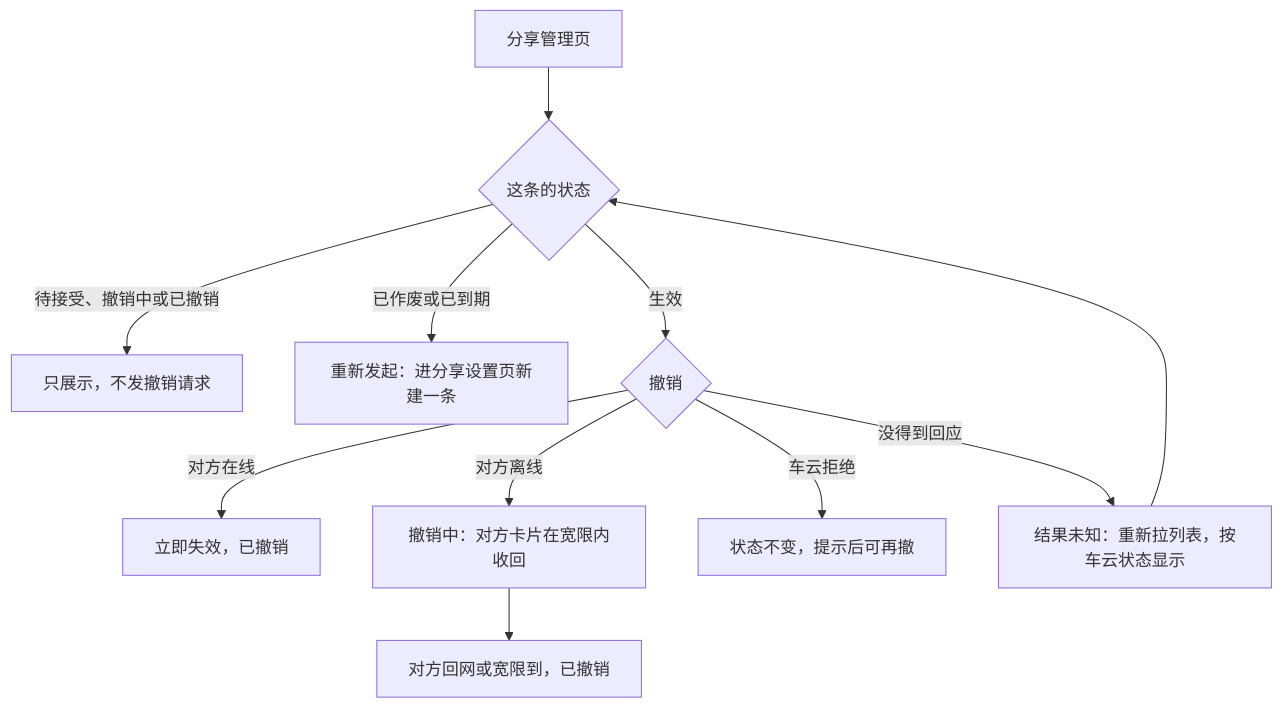
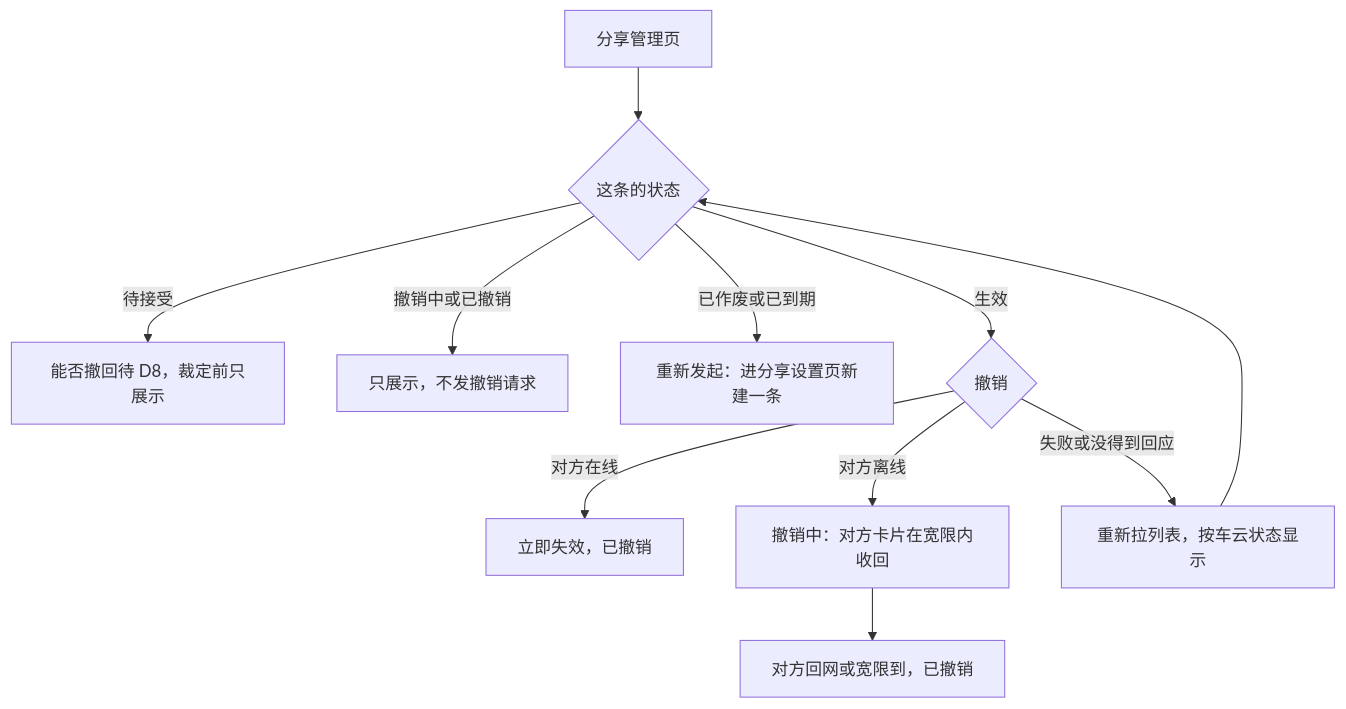
Before and after one commit to sqsqsq/SimulatedWalletForHmos: the fifth of 5 diagrams in doc/plan/1.9.9/金样候选/car-key-sharing/spec/spec.md, drawn with Mermaid. The commit also changed other lines of this file and 20 other files, not shown here.

````diff
--- a/doc/plan/1.9.9/金样候选/car-key-sharing/spec/spec.md
+++ b/doc/plan/1.9.9/金样候选/car-key-sharing/spec/spec.md
@@ -301,13 +341,13 @@
 ```mermaid
 flowchart TD
     A[分享管理页] --> B{这条的状态}
-    B -->|待接受、撤销中或已撤销| N[只展示，不发撤销请求]
+    B -->|待接受| PD[能否撤回待 D8，裁定前只展示]
+    B -->|撤销中或已撤销| N[只展示，不发撤销请求]
     B -->|已作废或已到期| RS[重新发起：进分享设置页新建一条]
     B -->|生效| C{撤销}
     C -->|对方在线| D[立即失效，已撤销]
     C -->|对方离线| E[撤销中：对方卡片在宽限内收回]
-    C -->|车云拒绝| KP[状态不变，提示后可再撤]
-    C -->|没得到回应| RL[结果未知：重新拉列表，按车云状态显示]
+    C -->|失败或没得到回应| RL[重新拉列表，按车云状态显示]
     RL --> B
     E --> F[对方回网或宽限到，已撤销]
 ```
````
